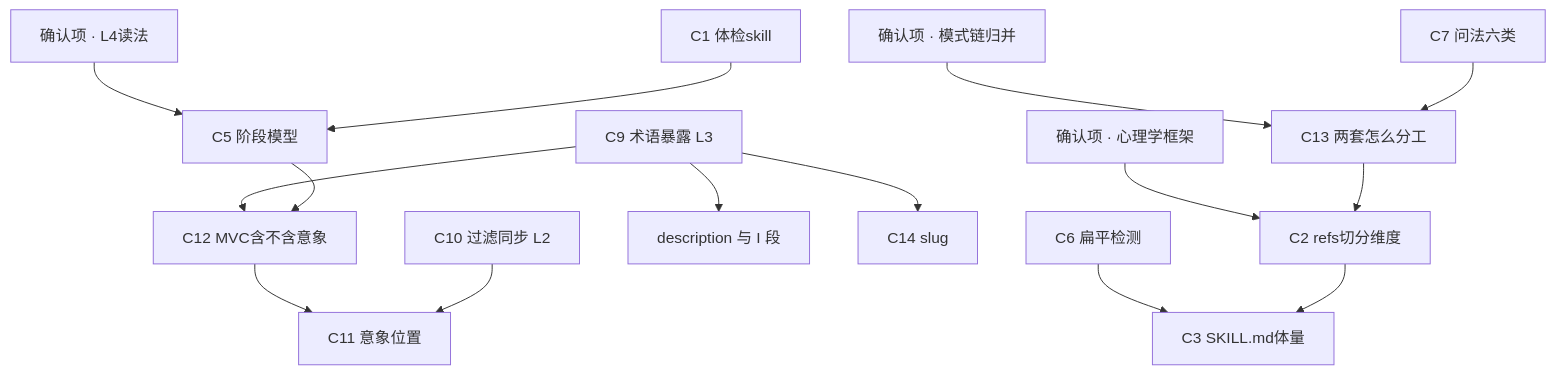
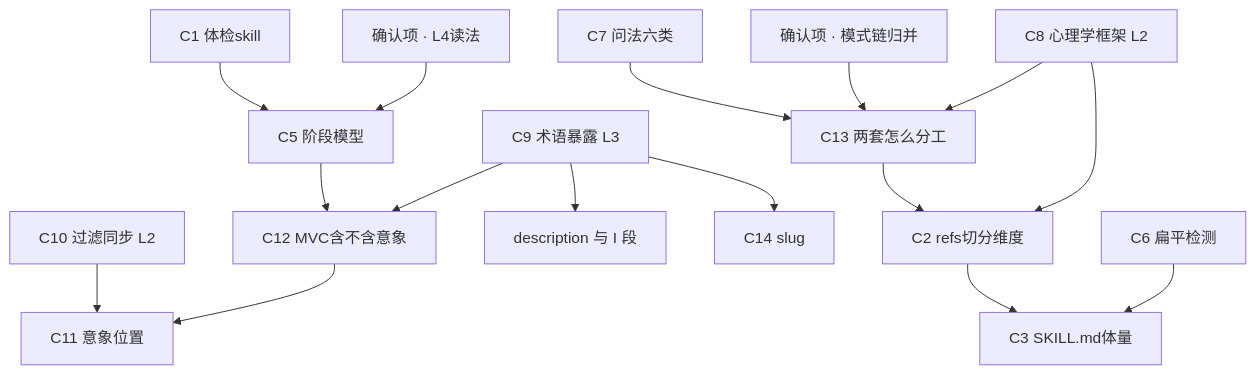
One commit to dwf89044485/sillytavern-ops changed the diagram in 三线碰撞/04_冲突拍板单.md. Above: the diagram before and after it, drawn with Mermaid. The commit also changed other lines of this file and 6 other files, not shown here.

````diff
--- a/三线碰撞/04_冲突拍板单.md
+++ b/三线碰撞/04_冲突拍板单.md
@@ -505,17 +524,18 @@
 ```mermaid
 graph TD
     K4["确认项 · L4读法"] --> C5["C5 阶段模型"]
-    K8["确认项 · 心理学框架"] --> C2["C2 refs切分维度"]
-    K13["确认项 · 模式链归并"] --> C13["C13 两套怎么分工"]
+    C8["C8 心理学框架 L2"] --> C2["C2 refs切分维度"]
+    C8 --> C13["C13 两套怎么分工"]
+    K13["确认项 · 模式链归并"] --> C13
     C9["C9 术语暴露 L3"] --> C12["C12 MVC含不含意象"]
     C9 --> DESC["description 与 I 段"]
     C9 --> C14["C14 slug"]
     C5 --> C12
     C12 --> C11["C11 意象位置"]
     C7["C7 问法六类"] --> C13
     C13 --> C2
     C6["C6 扁平检测"] --> C3["C3 SKILL.md体量"]
     C2 --> C3
     C10["C10 过滤同步 L2"] --> C11
     C1["C1 体检skill"] --> C5
 ```
````
